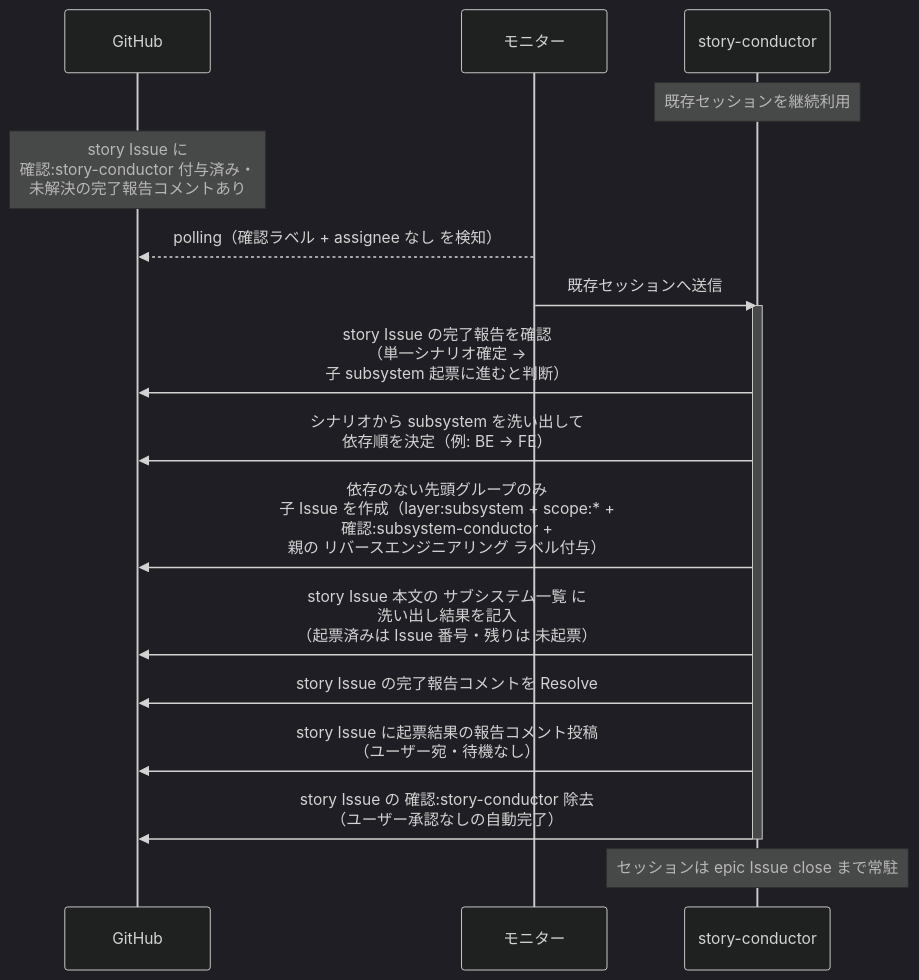
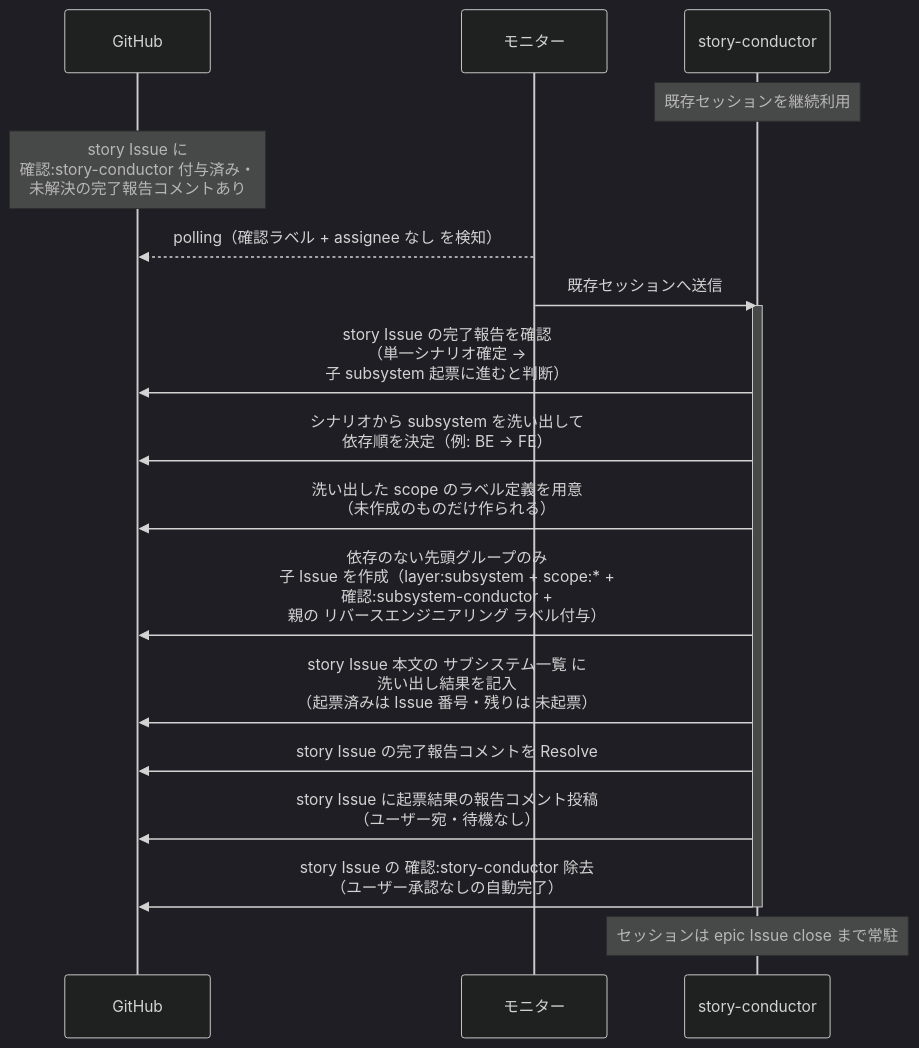
Before and after one commit to shuhei1101/ai-monitor: the first of 2 diagrams in docs/wiki/設計図/シナリオ/単一ユースケース/子subsystem起票.md, drawn with Mermaid (dark theme). The commit also changed other lines of this file and 14 other files, not shown here.

````diff
--- a/docs/wiki/設計図/シナリオ/単一ユースケース/子subsystem起票.md
+++ b/docs/wiki/設計図/シナリオ/単一ユースケース/子subsystem起票.md
@@ -28,21 +28,22 @@
 ```mermaid
 sequenceDiagram
   participant GH as GitHub
   participant ORC as モニター
   participant MON as story-conductor
 
   Note over MON: 既存セッションを継続利用
   Note over GH: story Issue に<br>確認:story-conductor 付与済み・<br>未解決の完了報告コメントあり
   ORC-->>GH: polling（確認ラベル + assignee なし を検知）
   ORC->>MON: 既存セッションへ送信
   activate MON
   MON->>GH: story Issue の完了報告を確認<br>（単一シナリオ確定 →<br>子 subsystem 起票に進むと判断）
   MON->>GH: シナリオから subsystem を洗い出して<br>依存順を決定（例: BE → FE）
+  MON->>GH: 洗い出した scope のラベル定義を用意<br>（未作成のものだけ作られる）
   MON->>GH: 依存のない先頭グループのみ<br>子 Issue を作成（layer:subsystem + scope:* +<br>確認:subsystem-conductor +<br>親の リバースエンジニアリング ラベル付与）
   MON->>GH: story Issue 本文の サブシステム一覧 に<br>洗い出し結果を記入<br>（起票済みは Issue 番号・残りは 未起票）
   MON->>GH: story Issue の完了報告コメントを Resolve
   MON->>GH: story Issue に起票結果の報告コメント投稿<br>（ユーザー宛・待機なし）
   MON->>GH: story Issue の 確認:story-conductor 除去<br>（ユーザー承認なしの自動完了）
   deactivate MON
   Note over MON: セッションは epic Issue close まで常駐
 ```
````
